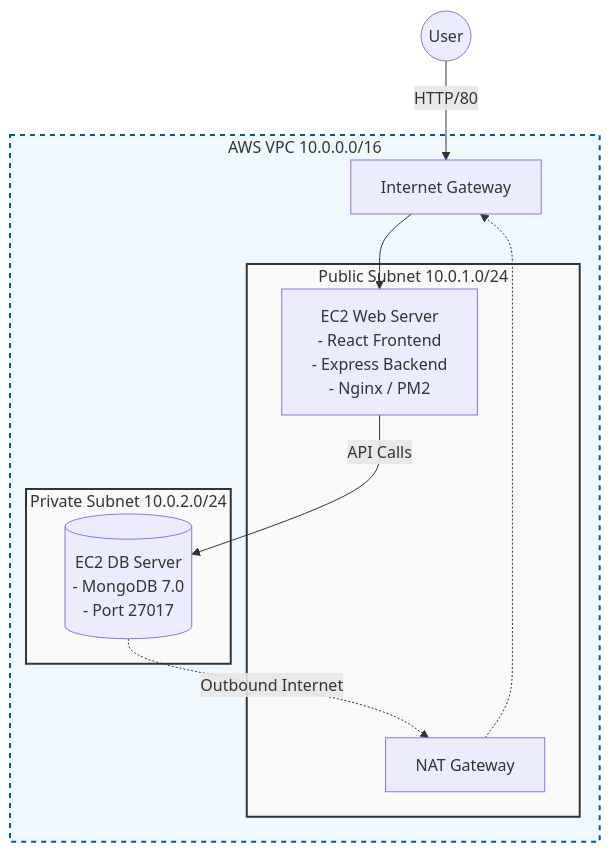
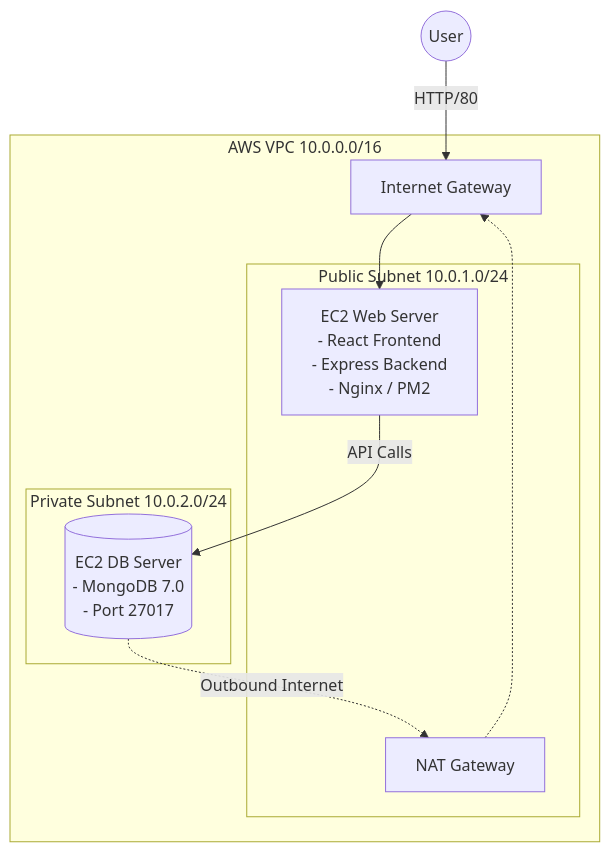
One commit to nik-hil-10/mern-deploy-aws changed the diagram in report.md. Above: the diagram before and after it, drawn with Mermaid.

Commit message:
Fix Mermaid dark mode readability

````diff
--- a/report.md
+++ b/report.md
@@ -31,26 +31,21 @@
 ```mermaid
 graph TD
     User((User)) --> |HTTP/80| IGW[Internet Gateway]
     
     subgraph VPC [AWS VPC 10.0.0.0/16]
         IGW --> WebEC2
         
         subgraph Public [Public Subnet 10.0.1.0/24]
             WebEC2[EC2 Web Server<br/>- React Frontend<br/>- Express Backend<br/>- Nginx / PM2]
             NAT[NAT Gateway]
         end
         
         subgraph Private [Private Subnet 10.0.2.0/24]
             DBEC2[(EC2 DB Server<br/>- MongoDB 7.0<br/>- Port 27017)]
         end
         
         WebEC2 --> |API Calls| DBEC2
         DBEC2 -.-> |Outbound Internet| NAT
         NAT -.-> IGW
     end
-    
-    classDef subnet fill:#f9f9f9,stroke:#333,stroke-width:2px;
-    classDef vpc fill:#f0f8ff,stroke:#0055a4,stroke-width:2px,stroke-dasharray: 5 5;
-    class Public,Private subnet;
-    class VPC vpc;
 ```
````
